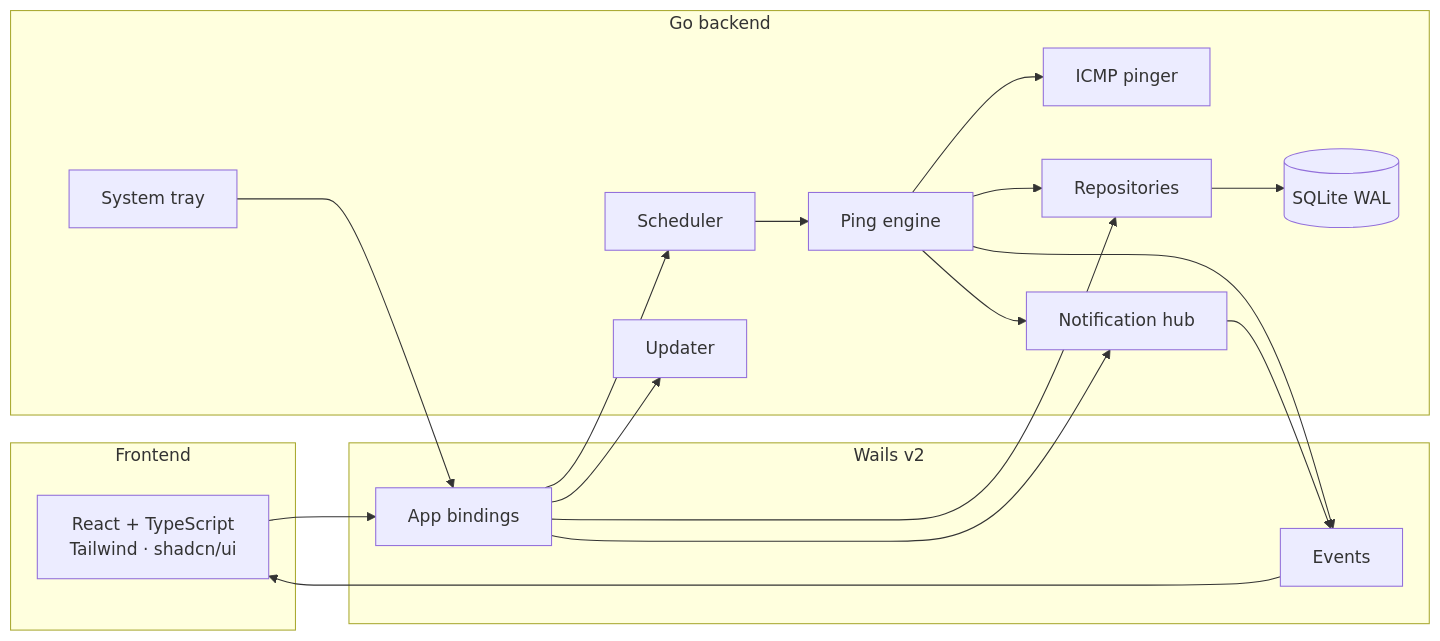
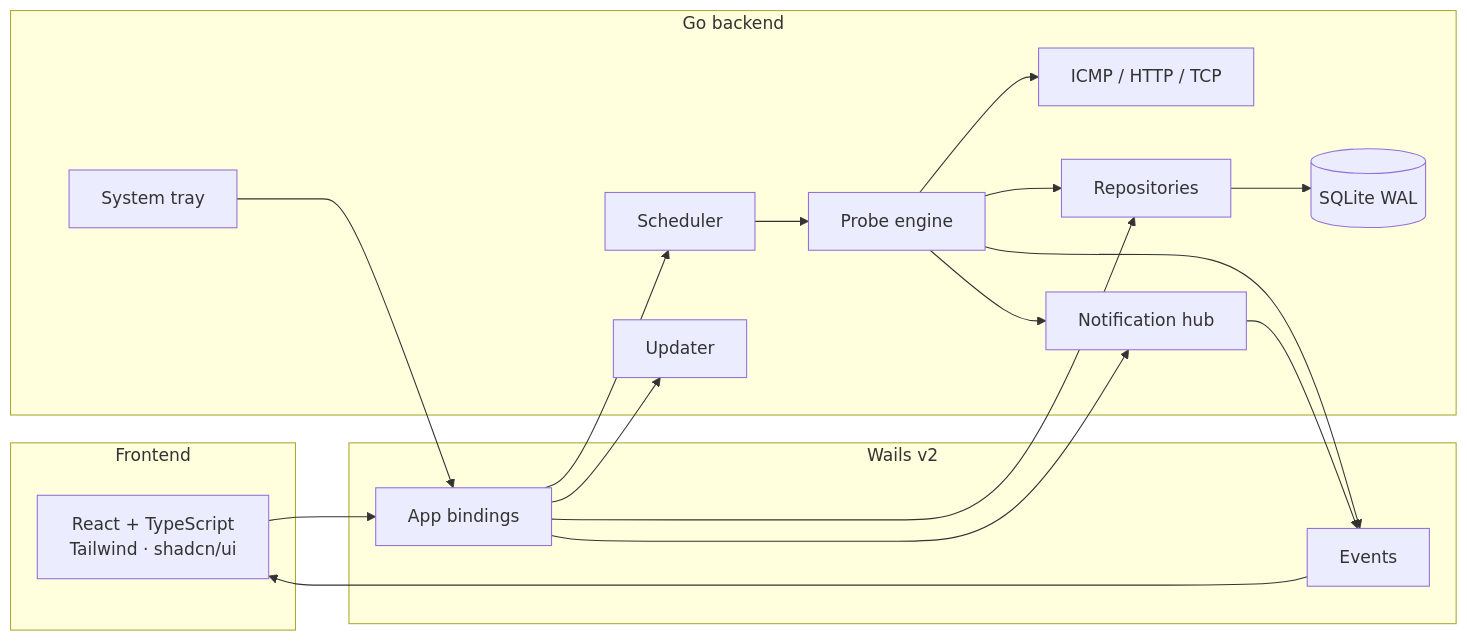
One commit to alikmndlu/PingPulse changed the diagram in README.md. Above: the diagram before and after it, drawn with Mermaid. The commit also changed other lines of this file and 31 other files, not shown here.

First line of the commit message:
feat: add HTTP/TCP probes, maintenance windows, and incident reports

````diff
--- a/README.md
+++ b/README.md
@@ -74,37 +78,37 @@
 ```mermaid
 flowchart LR
   subgraph UI["Frontend"]
     React["React + TypeScript<br/>Tailwind · shadcn/ui"]
   end
 
   subgraph Shell["Wails v2"]
     Bind["App bindings"]
     Events["Events"]
   end
 
   subgraph Core["Go backend"]
     Sched["Scheduler"]
-    Engine["Ping engine"]
-    ICMP["ICMP pinger"]
+    Engine["Probe engine"]
+    ICMP["ICMP / HTTP / TCP"]
     Hub["Notification hub"]
     Repo["Repositories"]
     DB[("SQLite WAL")]
     Tray["System tray"]
     Upd["Updater"]
   end
 
   React --> Bind
   Bind --> Sched
   Bind --> Hub
   Bind --> Repo
   Bind --> Upd
   Sched --> Engine
   Engine --> ICMP
   Engine --> Repo
   Engine --> Hub
   Repo --> DB
   Engine --> Events
   Hub --> Events
   Events --> React
   Tray --> Bind
 ```
````
